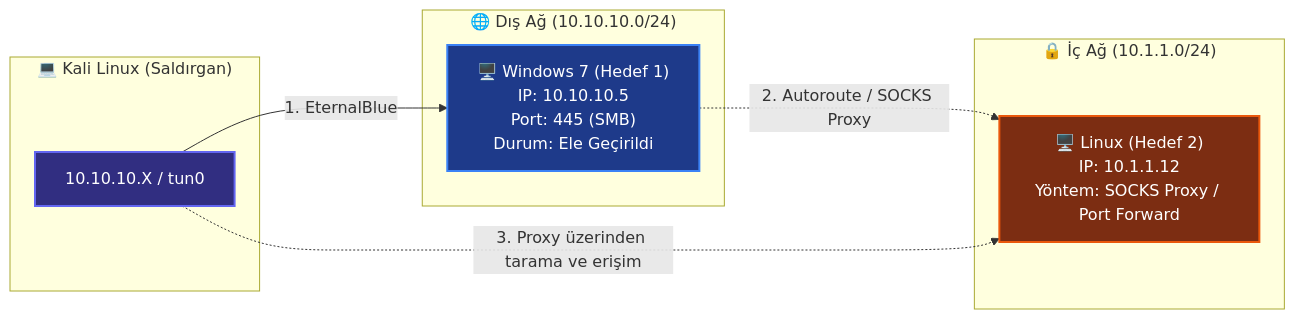
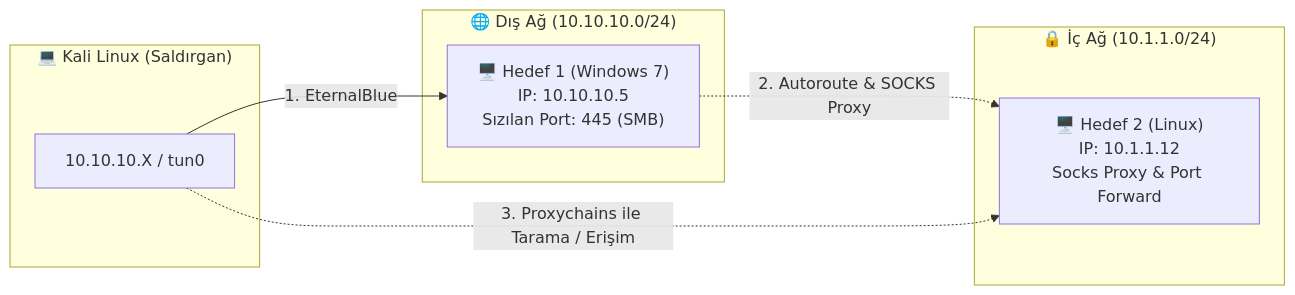
Before and after one commit to onurcapn/eJPT-Notes: the first of 2 diagrams in 8.Metasploit Sınav Soruları & Pratik Senaryolar.md, drawn with Mermaid. The commit also changed other lines of this file, not shown here.

Commit message:
style: format chapter 8 questions and add mermaid diagrams for github

````diff
--- a/8.Metasploit Sınav Soruları & Pratik Senaryolar.md
+++ b/8.Metasploit Sınav Soruları & Pratik Senaryolar.md
@@ -732,21 +212,18 @@
 ```mermaid
 graph LR
     subgraph Kali ["💻 Kali Linux (Saldırgan)"]
         K[10.10.10.X / tun0]
     end
 
     subgraph ExternalNet ["🌐 Dış Ağ (10.10.10.0/24)"]
-        T1["🖥️ Windows 7 (Hedef 1)<br>IP: 10.10.10.5<br>Port: 445 (SMB)<br>Durum: Ele Geçirildi"]
+        T1["🖥️ Hedef 1 (Windows 7)<br>IP: 10.10.10.5<br>Sızılan Port: 445 (SMB)"]
     end
 
     subgraph InternalNet ["🔒 İç Ağ (10.1.1.0/24)"]
-        T2["🖥️ Linux (Hedef 2)<br>IP: 10.1.1.12<br>Yöntem: SOCKS Proxy / Port Forward"]
+        T2["🖥️ Hedef 2 (Linux)<br>IP: 10.1.1.12<br>Socks Proxy & Port Forward"]
     end
 
     K -->|1. EternalBlue| T1
-    T1 -.->|2. Autoroute / SOCKS Proxy| T2
-    K -.->|3. Proxy üzerinden tarama ve erişim| T2
-    style T1 fill:#1e3a8a,stroke:#3b82f6,stroke-width:2px,color:#fff
-    style T2 fill:#7c2d12,stroke:#ea580c,stroke-width:2px,color:#fff
-    style K fill:#312e81,stroke:#6366f1,stroke-width:2px,color:#fff
+    T1 -.->|2. Autoroute & SOCKS Proxy| T2
+    K -.->|3. Proxychains ile Tarama / Erişim| T2
 ```
````
